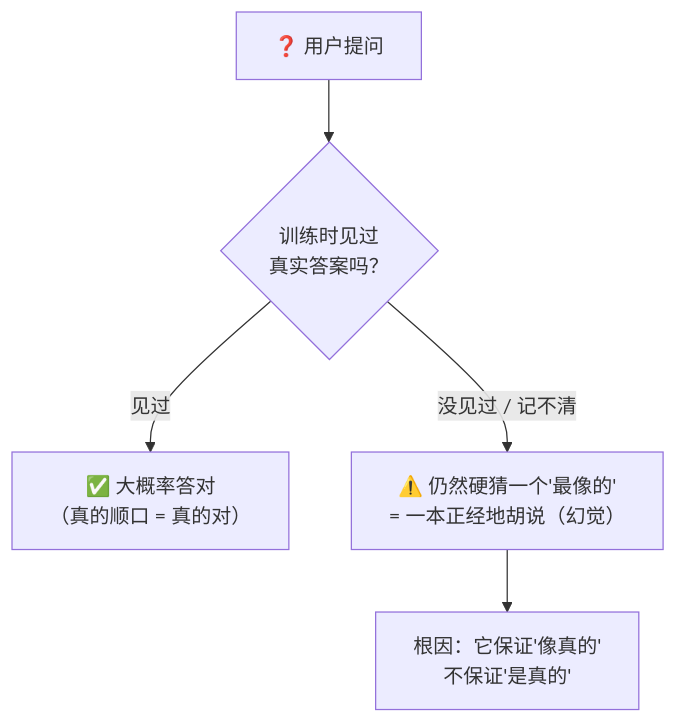
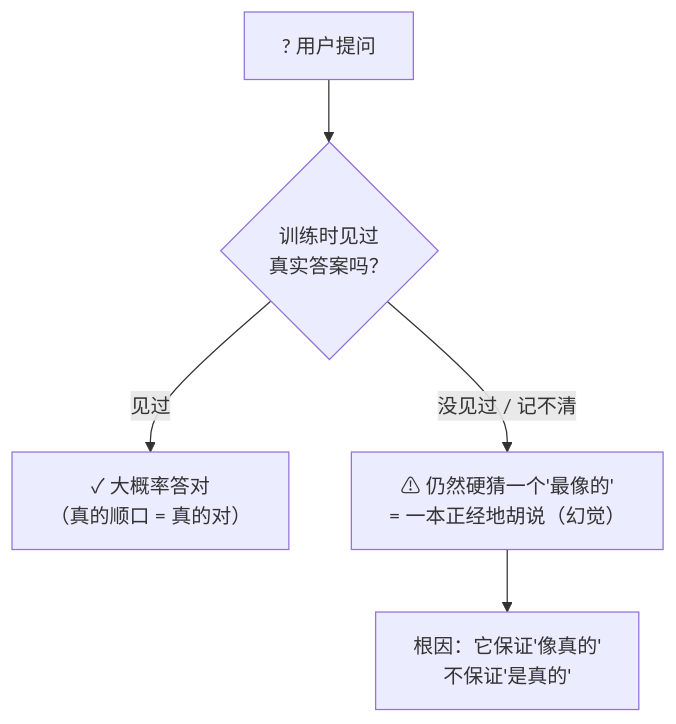
One commit to luckykhy/KhyAiHub changed the fourth of 7 diagrams in docs/02_CONCEPTS_概念入门/CONCEPT/[CONCEPT-06] 什么是LLM-大语言模型.md. Above: the diagram before and after it, drawn with Mermaid. The commit also changed other lines of this file and 19 other files, not shown here.

````diff
--- a/docs/02_CONCEPTS_概念入门/CONCEPT/[CONCEPT-06] 什么是LLM-大语言模型.md
+++ b/docs/02_CONCEPTS_概念入门/CONCEPT/[CONCEPT-06] 什么是LLM-大语言模型.md
@@ -123,7 +123,7 @@
 ```mermaid
 flowchart TB
-  Q["❓ 用户提问"] --> K{"训练时见过<br/>真实答案吗？"}
-  K -- "见过" --> R1["✅ 大概率答对<br/>（真的顺口 = 真的对）"]
-  K -- "没见过 / 记不清" --> R2["⚠️ 仍然硬猜一个'最像的'<br/>= 一本正经地胡说（幻觉）"]
+  Q["? 用户提问"] --> K{"训练时见过<br/>真实答案吗？"}
+  K -- "见过" --> R1["✓ 大概率答对<br/>（真的顺口 = 真的对）"]
+  K -- "没见过 / 记不清" --> R2["⚠ 仍然硬猜一个'最像的'<br/>= 一本正经地胡说（幻觉）"]
   R2 --> WHY["根因：它保证'像真的'<br/>不保证'是真的'"]
 ```
````
